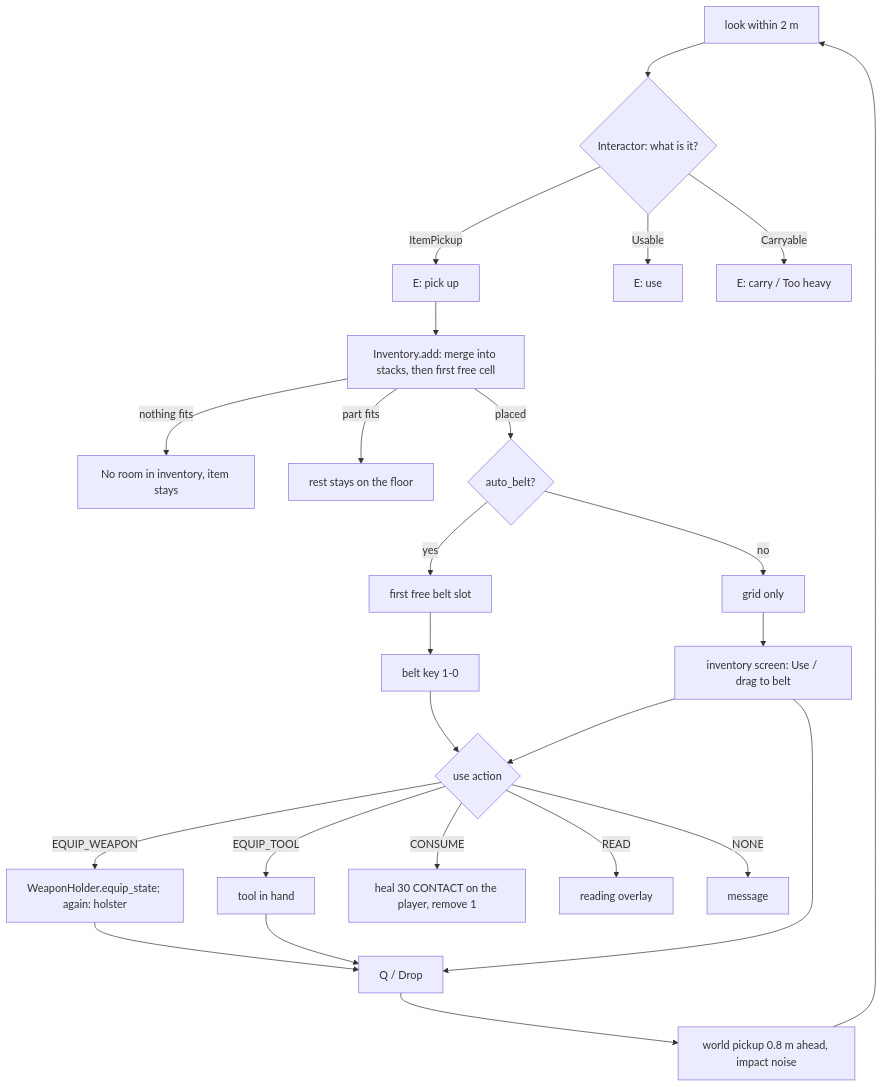
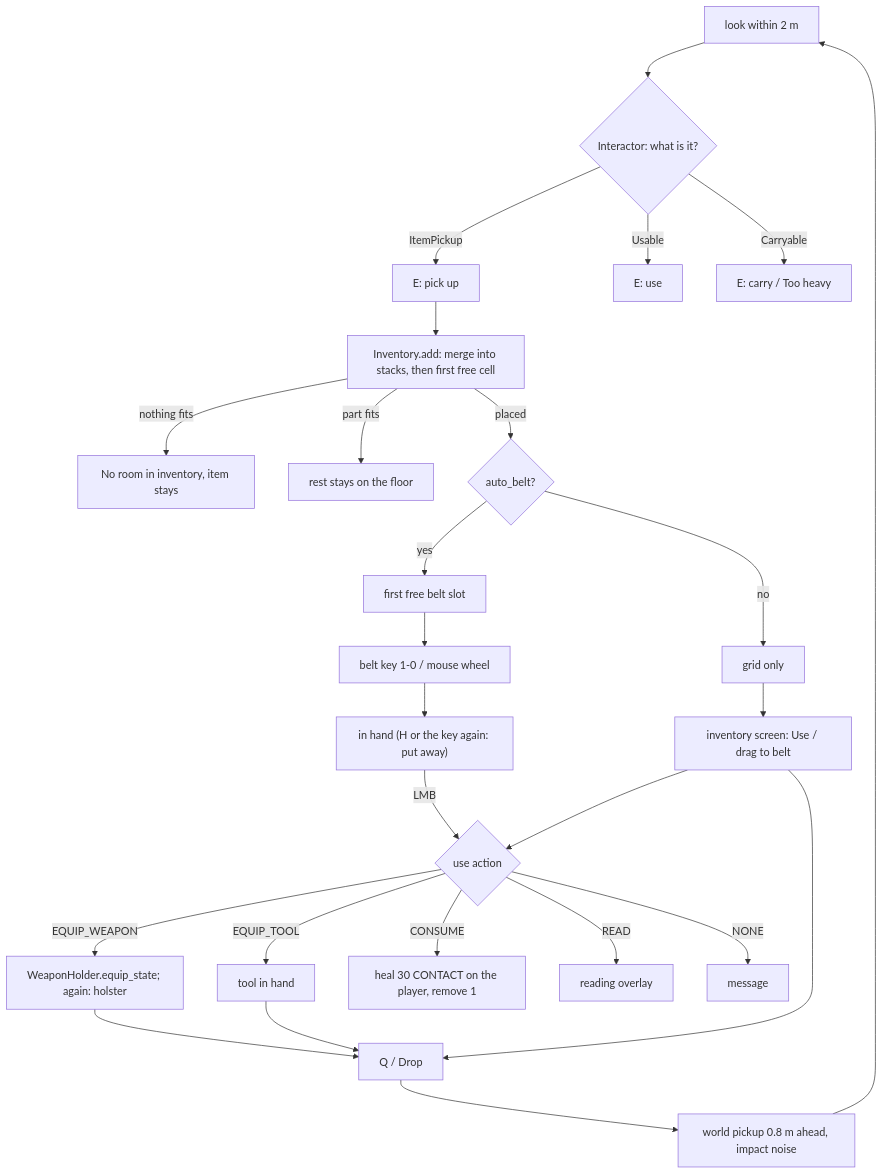
The diagram in design/game/inventory.md (matts2cant/im-sim-proto), drawn with Mermaid before and after one commit. The commit also changed other lines of this file and 18 other files, not shown here.

First line of the commit message:
Belt: wheel cycles, H holsters, belt keys select and LMB uses (ADR 0059)

````diff
--- a/design/game/inventory.md
+++ b/design/game/inventory.md
@@ -101,27 +105,28 @@
 ```mermaid
 flowchart TD
     L["look within 2 m"] --> I{"Interactor: what is it?"}
     I -->|ItemPickup| P["E: pick up"]
     I -->|Usable| U["E: use"]
     I -->|Carryable| C["E: carry / Too heavy"]
     P --> A["Inventory.add: merge into stacks, then first free cell"]
     A -->|nothing fits| R["No room in inventory, item stays"]
     A -->|part fits| S["rest stays on the floor"]
     A -->|placed| B{"auto_belt?"}
     B -->|yes| BS["first free belt slot"]
     B -->|no| G["grid only"]
-    BS --> K["belt key 1-0"]
+    BS --> K["belt key 1-0 / mouse wheel"]
     G --> M["inventory screen: Use / drag to belt"]
-    K --> X{"use action"}
+    K --> HD["in hand (H or the key again: put away)"]
+    HD -->|LMB| X{"use action"}
     M --> X
     X -->|EQUIP_WEAPON| W["WeaponHolder.equip_state; again: holster"]
     X -->|EQUIP_TOOL| T["tool in hand"]
     X -->|CONSUME| H["heal 30 CONTACT on the player, remove 1"]
     X -->|READ| D["reading overlay"]
     X -->|NONE| N["message"]
     W --> Q["Q / Drop"]
     T --> Q
     M --> Q
     Q --> O["world pickup 0.8 m ahead, impact noise"]
     O --> L
 ```
````
